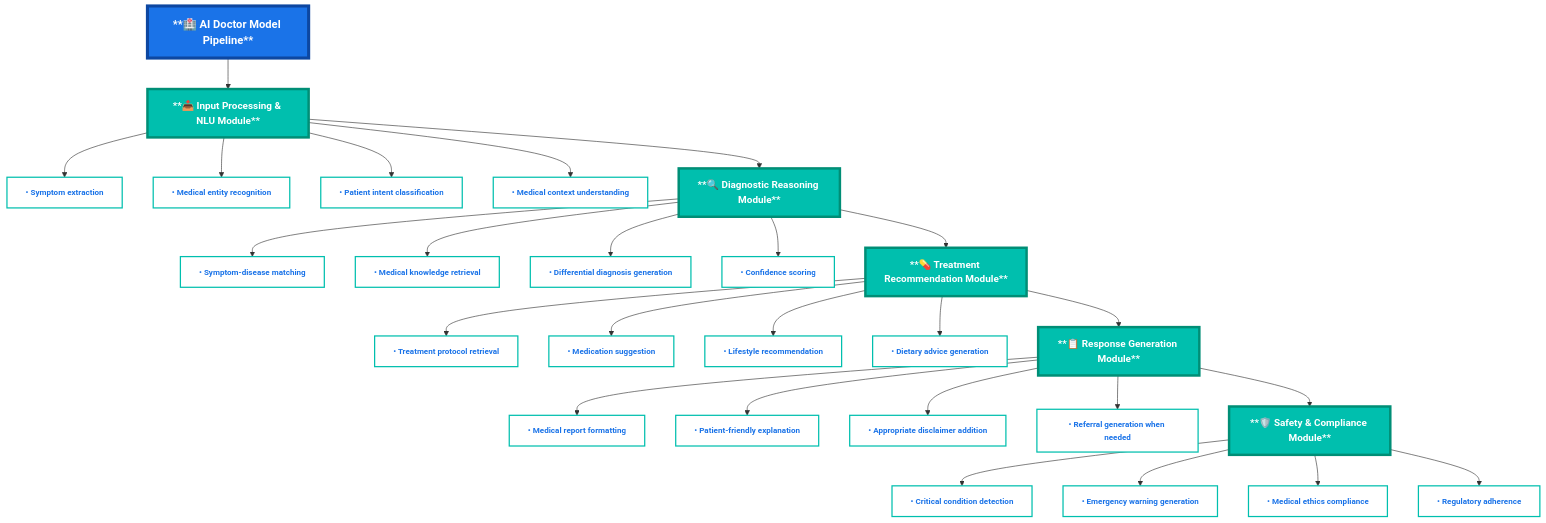
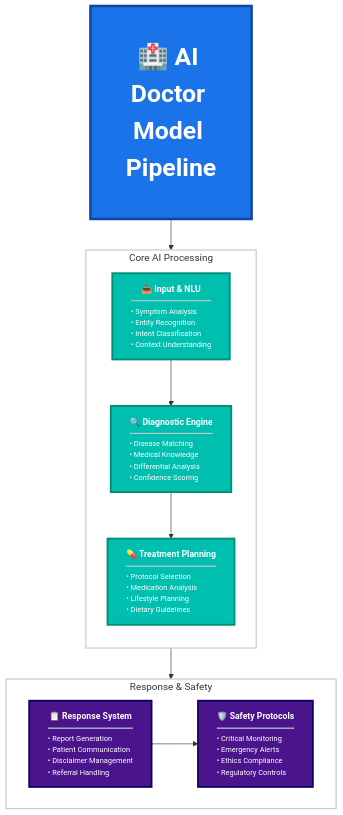
The second of 2 diagrams in README.md (Blacksujit/Health-Summerize-AI), drawn with Mermaid before and after one commit.

Commit message:
added arcitect.  diagram✅✅

````diff
--- a/README.md
+++ b/README.md
@@ -311,80 +311,38 @@
 ```mermaid
-flowchart TD
-    %% Main Header - Standalone and Prominent
-    A["**🏥 AI Doctor Model Pipeline**"]
+graph TB
+    %% Main Header with enhanced styling
+    A["<div style='padding:10px'><h1>🏥 AI Doctor Model Pipeline</h1></div>"]
     
-    %% Input Processing Module
-    B["**📥 Input Processing & NLU Module**"]
-    B1["• Symptom extraction"]
-    B2["• Medical entity recognition"]
-    B3["• Patient intent classification"]
-    B4["• Medical context understanding"]
+    %% Core Processing Modules in a circular arrangement
+    subgraph ProcessingCore["Core AI Processing"]
+        direction TB
+        B["<b>📥 Input & NLU</b><hr><div style='font-size:12px;text-align:left'>• Symptom Analysis<br>• Entity Recognition<br>• Intent Classification<br>• Context Understanding</div>"]
+        C["<b>🔍 Diagnostic Engine</b><hr><div style='font-size:12px;text-align:left'>• Disease Matching<br>• Medical Knowledge<br>• Differential Analysis<br>• Confidence Scoring</div>"]
+        D["<b>💊 Treatment Planning</b><hr><div style='font-size:12px;text-align:left'>• Protocol Selection<br>• Medication Analysis<br>• Lifestyle Planning<br>• Dietary Guidelines</div>"]
+    end
     
-    %% Diagnostic Reasoning Module
-    C["**🔍 Diagnostic Reasoning Module**"]
-    C1["• Symptom-disease matching"]
-    C2["• Medical knowledge retrieval"]
-    C3["• Differential diagnosis generation"]
-    C4["• Confidence scoring"]
+    %% Output & Safety Layer
+    subgraph OutputLayer["Response & Safety"]
+        direction LR
+        E["<b>📋 Response System</b><hr><div style='font-size:12px;text-align:left'>• Report Generation<br>• Patient Communication<br>• Disclaimer Management<br>• Referral Handling</div>"]
+        F["<b>🛡️ Safety Protocols</b><hr><div style='font-size:12px;text-align:left'>• Critical Monitoring<br>• Emergency Alerts<br>• Ethics Compliance<br>• Regulatory Controls</div>"]
+    end
     
-    %% Treatment Recommendation Module
-    D["**💊 Treatment Recommendation Module**"]
-    D1["• Treatment protocol retrieval"]
-    D2["• Medication suggestion"]
-    D3["• Lifestyle recommendation"]
-    D4["• Dietary advice generation"]
-    
-    %% Response Generation Module
-    E["**📋 Response Generation Module**"]
-    E1["• Medical report formatting"]
-    E2["• Patient-friendly explanation"]
-    E3["• Appropriate disclaimer addition"]
-    E4["• Referral generation when needed"]
-    
-    %% Safety & Compliance Module
-    F["**🛡️ Safety & Compliance Module**"]
-    F1["• Critical condition detection"]
-    F2["• Emergency warning generation"]
-    F3["• Medical ethics compliance"]
-    F4["• Regulatory adherence"]
-    
-    %% Flow Connections
-    A --> B
-    B --> B1
-    B --> B2
-    B --> B3
-    B --> B4
+    %% Streamlined Flow Connections
+    A --> ProcessingCore
     B --> C
-    
-    C --> C1
-    C --> C2
-    C --> C3
-    C --> C4
     C --> D
-    
-    D --> D1
-    D --> D2
-    D --> D3
-    D --> D4
-    D --> E
-    
-    E --> E1
-    E --> E2
-    E --> E3
-    E --> E4
+    D --> OutputLayer
     E --> F
     
-    F --> F1
-    F --> F2
-    F --> F3
-    F --> F4
+    %% Enhanced Visual Styling
+    classDef header fill:#1a73e8,stroke:#0d47a1,stroke-width:4px,color:#ffffff,font-weight:bold,font-size:20px
+    classDef core fill:#00bfae,stroke:#008e76,stroke-width:3px,color:#ffffff,font-size:14px
+    classDef output fill:#4a148c,stroke:#12005e,stroke-width:3px,color:#ffffff,font-size:14px
+    classDef container fill:none,stroke:#ccc,stroke-width:2px,color:#333
     
-    %% Enhanced Styling for Better Visibility
-    classDef mainHeader fill:#1a73e8,stroke:#0d47a1,stroke-width:5px,color:#ffffff,font-weight:bold,font-size:18px
-    classDef moduleHeader fill:#00bfae,stroke:#008e76,stroke-width:4px,color:#ffffff,font-weight:bold,font-size:16px
-    classDef featureItem fill:#ffffff,stroke:#00bfae,stroke-width:2px,color:#1a73e8,font-weight:bold,font-size:13px
-    
-    class A mainHeader
-    class B,C,D,E,F moduleHeader
-    class B1,B2,B3,B4,C1,C2,C3,C4,D1,D2,D3,D4,E1,E2,E3,E4,F1,F2,F3,F4 featureItem
+    class A header
+    class B,C,D core
+    class E,F output
+    class ProcessingCore,OutputLayer container
 ```
````
